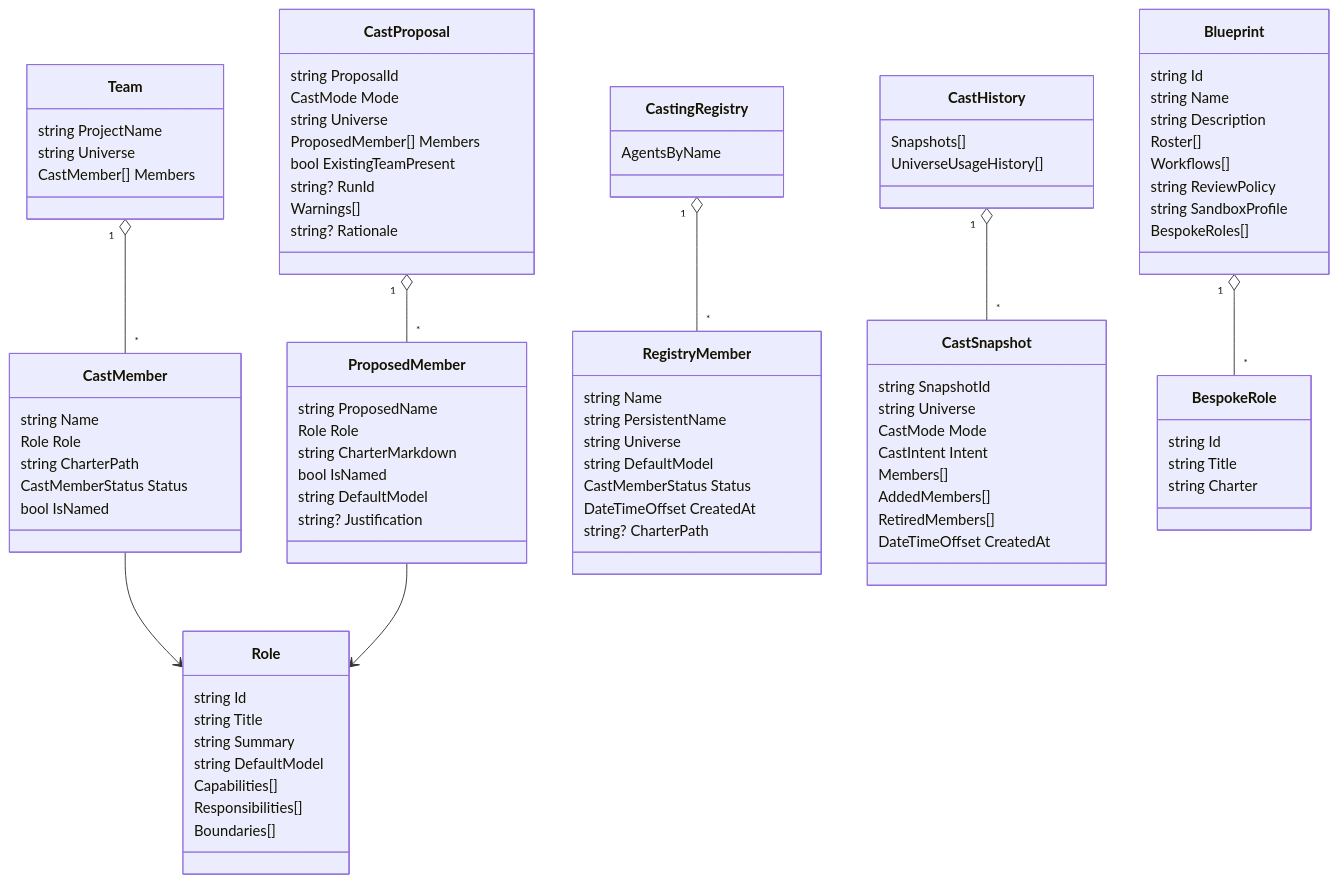
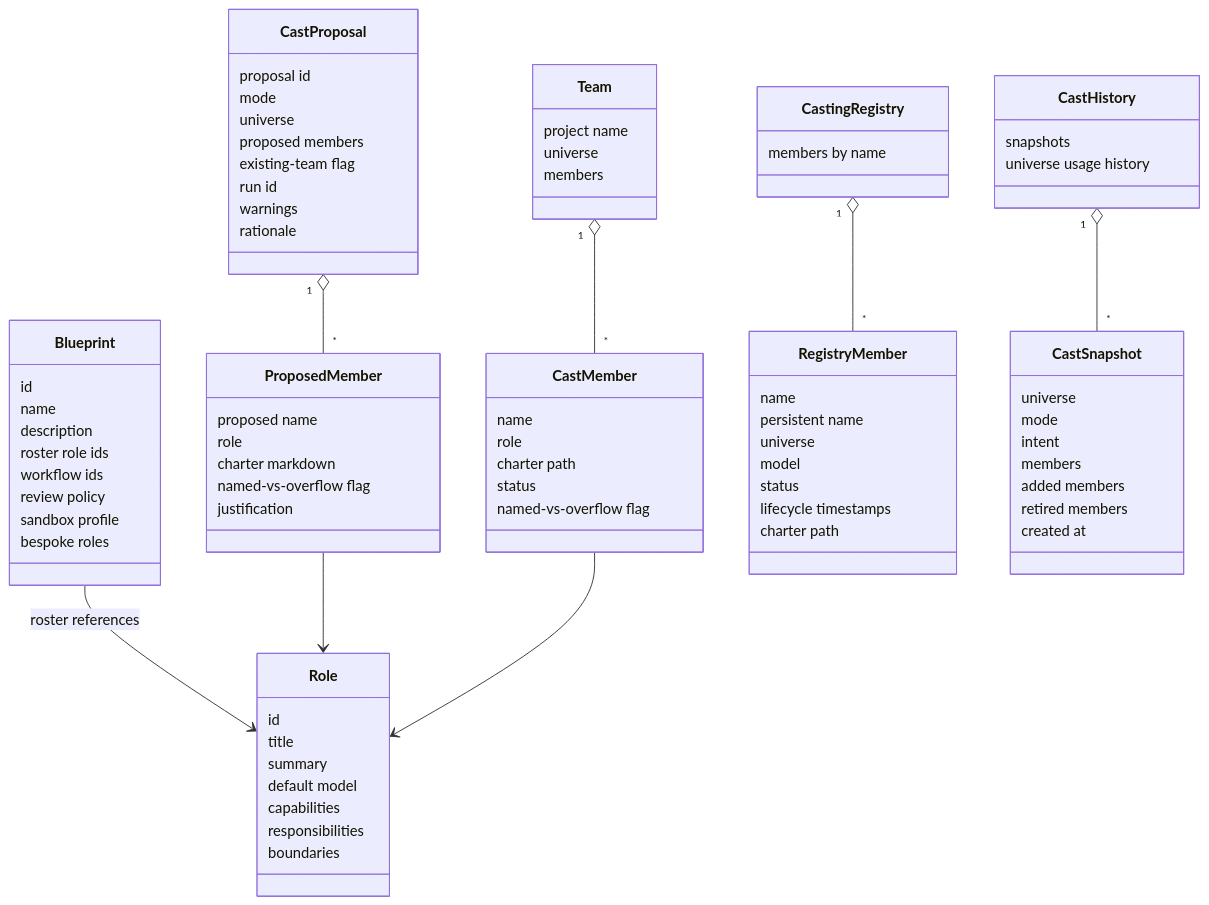
The second of 4 diagrams in docs/deep-dive/team-casting.md (sabbour/agentweaver), drawn with Mermaid before and after one commit. The commit also changed other lines of this file and 12 other files, not shown here.

````diff
--- a/docs/deep-dive/team-casting.md
+++ b/docs/deep-dive/team-casting.md
@@ -168,101 +70,93 @@
 ```mermaid
 classDiagram
+    class Blueprint {
+      id
+      name
+      description
+      roster role ids
+      workflow ids
+      review policy
+      sandbox profile
+      bespoke roles
+    }
+
     class Role {
-      string Id
-      string Title
-      string Summary
-      string DefaultModel
-      Capabilities[]
-      Responsibilities[]
-      Boundaries[]
+      id
+      title
+      summary
+      default model
+      capabilities
+      responsibilities
+      boundaries
+    }
+
+    class CastProposal {
+      proposal id
+      mode
+      universe
+      proposed members
+      existing-team flag
+      run id
+      warnings
+      rationale
+    }
+
+    class ProposedMember {
+      proposed name
+      role
+      charter markdown
+      named-vs-overflow flag
+      justification
+    }
+
+    class Team {
+      project name
+      universe
+      members
     }
 
     class CastMember {
-      string Name
-      Role Role
-      string CharterPath
-      CastMemberStatus Status
-      bool IsNamed
+      name
+      role
+      charter path
+      status
+      named-vs-overflow flag
     }
 
-    class Team {
-      string ProjectName
-      string Universe
-      CastMember[] Members
-    }
-
-    class ProposedMember {
-      string ProposedName
-      Role Role
-      string CharterMarkdown
-      bool IsNamed
-      string DefaultModel
-      string? Justification
-    }
-
-    class CastProposal {
-      string ProposalId
-      CastMode Mode
-      string Universe
-      ProposedMember[] Members
-      bool ExistingTeamPresent
-      string? RunId
-      Warnings[]
-      string? Rationale
+    class CastingRegistry {
+      members by name
     }
 
     class RegistryMember {
-      string Name
-      string PersistentName
-      string Universe
-      string DefaultModel
-      CastMemberStatus Status
-      DateTimeOffset CreatedAt
-      string? CharterPath
+      name
+      persistent name
+      universe
+      model
+      status
+      lifecycle timestamps
+      charter path
     }
 
-    class CastingRegistry {
-      AgentsByName
+    class CastHistory {
+      snapshots
+      universe usage history
     }
 
     class CastSnapshot {
-      string SnapshotId
-      string Universe
-      CastMode Mode
-      CastIntent Intent
-      Members[]
-      AddedMembers[]
-      RetiredMembers[]
-      DateTimeOffset CreatedAt
+      universe
+      mode
+      intent
+      members
+      added members
+      retired members
+      created at
     }
 
-    class CastHistory {
-      Snapshots[]
-      UniverseUsageHistory[]
-    }
-
-    class Blueprint {
-      string Id
-      string Name
-      string Description
-      Roster[]
-      Workflows[]
-      string ReviewPolicy
-      string SandboxProfile
-      BespokeRoles[]
-    }
-
-    class BespokeRole {
-      string Id
-      string Title
-      string Charter
-    }
-
+    Blueprint --> Role : roster references
+    CastProposal "1" o-- "*" ProposedMember
+    ProposedMember --> Role
     Team "1" o-- "*" CastMember
     CastMember --> Role
-    CastProposal "1" o-- "*" ProposedMember
-    ProposedMember --> Role
     CastingRegistry "1" o-- "*" RegistryMember
     CastHistory "1" o-- "*" CastSnapshot
-    Blueprint "1" o-- "*" BespokeRole
 ```
````
